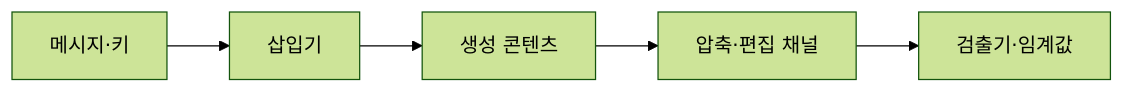
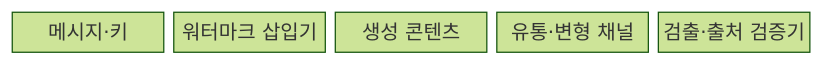
Before and after one commit to agnusdei1207/knowledge-base: the first of 2 diagrams in src/content/docs/notes/05-security/091_ai_watermarking.md, drawn with Mermaid (forest theme). The commit also changed other lines of this file and 3 other files, not shown here.

````diff
--- a/src/content/docs/notes/05-security/091_ai_watermarking.md
+++ b/src/content/docs/notes/05-security/091_ai_watermarking.md
@@ -57,7 +57,9 @@
 ```mermaid
-flowchart LR
-    K[메시지·키] --> I[삽입기]
-    I --> C[생성 콘텐츠]
-    C --> T[압축·편집 채널]
-    T --> D[검출기·임계값]
+block-beta
+  columns 5
+  A["메시지·키"]
+  B["워터마크 삽입기"]
+  C["생성 콘텐츠"]
+  D["유통·변형 채널"]
+  E["검출·출처 검증기"]
 ```
````
